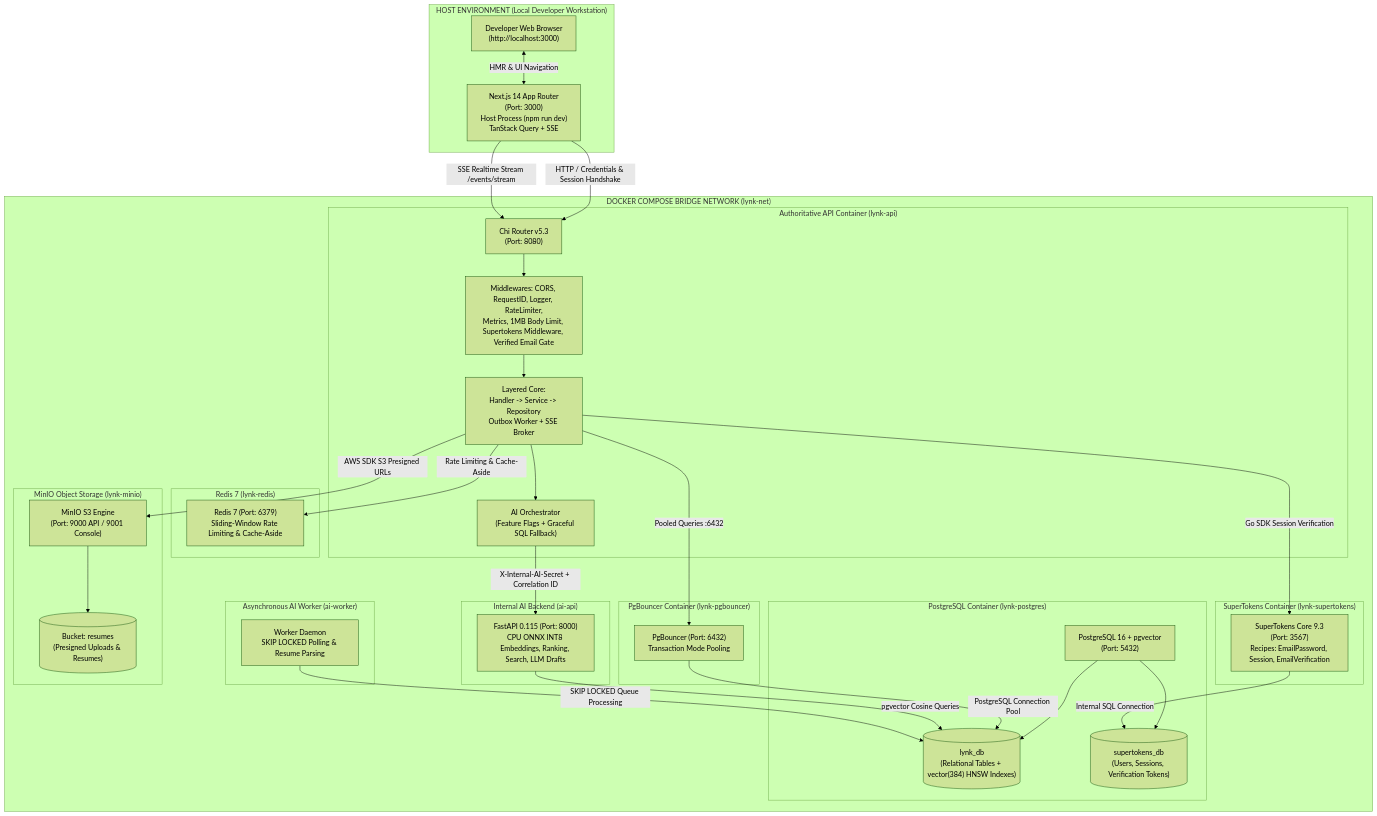
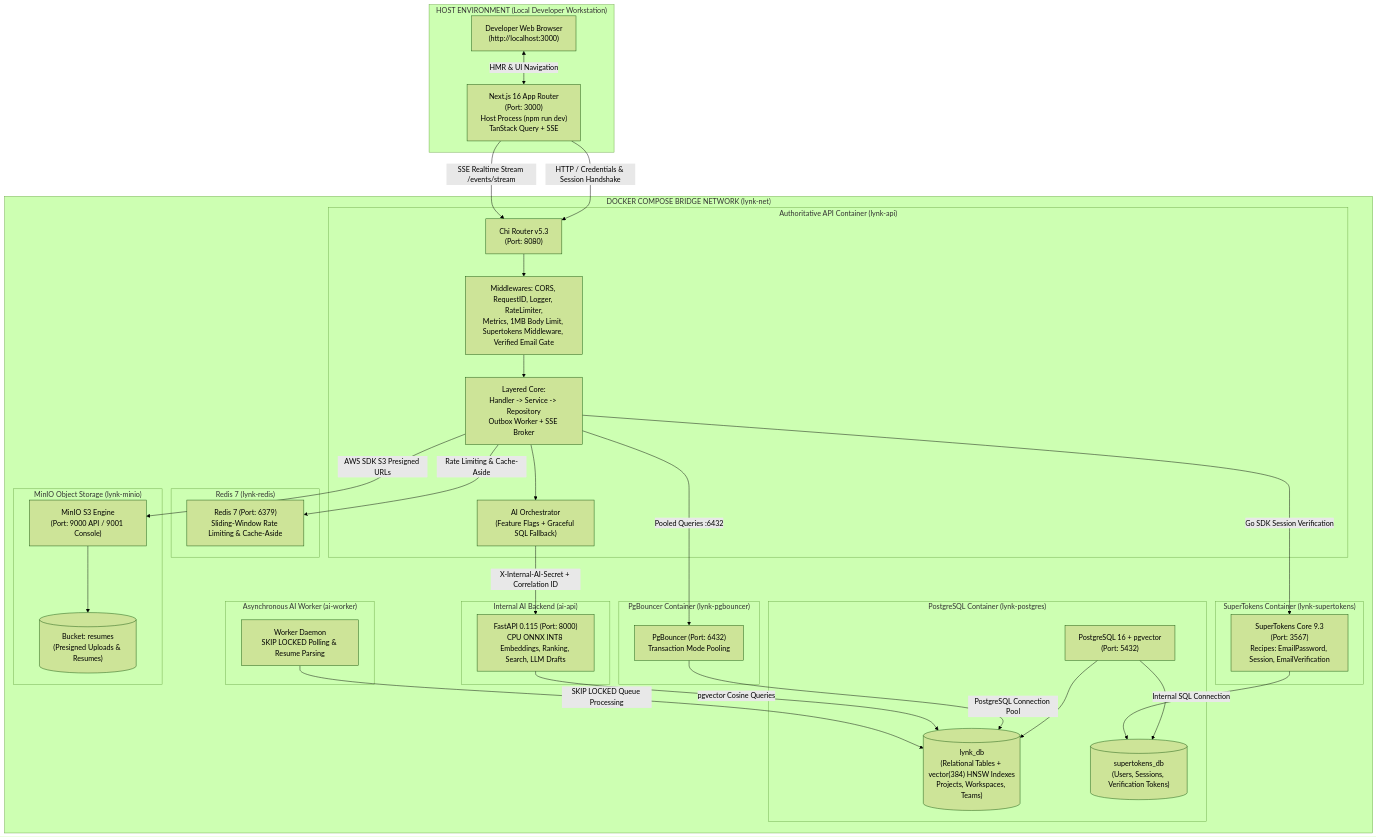
One commit to BIJJUDAMA/Lynk changed the first of 2 diagrams in docs/README.md. Above: the diagram before and after it, drawn with Mermaid (forest theme). The commit also changed other lines of this file and 13 other files, not shown here.

````diff
--- a/docs/README.md
+++ b/docs/README.md
@@ -80,66 +80,66 @@
 ```mermaid
 flowchart TB
     subgraph HostEnvironment["HOST ENVIRONMENT (Local Developer Workstation)"]
-        FE["Next.js 14 App Router<br/>(Port: 3000)<br/>Host Process (npm run dev)<br/>TanStack Query + SSE"]
+        FE["Next.js 16 App Router<br/>(Port: 3000)<br/>Host Process (npm run dev)<br/>TanStack Query + SSE"]
         Browser["Developer Web Browser<br/>(http://localhost:3000)"]
         Browser <-->|HMR & UI Navigation| FE
     end
 
     subgraph DockerBridge["DOCKER COMPOSE BRIDGE NETWORK (lynk-net)"]
         subgraph APIContainer["Authoritative API Container (lynk-api)"]
             Router["Chi Router v5.3<br/>(Port: 8080)"]
             Middlewares["Middlewares: CORS, RequestID, Logger, RateLimiter,<br/>Metrics, 1MB Body Limit, Supertokens Middleware, Verified Email Gate"]
             Handlers["Layered Core:<br/>Handler -> Service -> Repository<br/>Outbox Worker + SSE Broker"]
             Orchestrator["AI Orchestrator<br/>(Feature Flags + Graceful SQL Fallback)"]
             Router --> Middlewares --> Handlers
             Handlers --> Orchestrator
         end
 
         subgraph RedisContainer["Redis 7 (lynk-redis)"]
             Redis["Redis 7 (Port: 6379)<br/>Sliding-Window Rate Limiting & Cache-Aside"]
         end
 
         subgraph AIContainer["Internal AI Backend (ai-api)"]
             FastAPI["FastAPI 0.115 (Port: 8000)<br/>CPU ONNX INT8 Embeddings, Ranking, Search, LLM Drafts"]
         end
 
         subgraph WorkerContainer["Asynchronous AI Worker (ai-worker)"]
             AIWorker["Worker Daemon<br/>SKIP LOCKED Polling & Resume Parsing"]
         end
 
         subgraph IAMContainer["SuperTokens Container (lynk-supertokens)"]
             STCore["SuperTokens Core 9.3<br/>(Port: 3567)<br/>Recipes: EmailPassword, Session, EmailVerification"]
         end
 
         subgraph PoolContainer["PgBouncer Container (lynk-pgbouncer)"]
             PGB["PgBouncer (Port: 6432)<br/>Transaction Mode Pooling"]
         end
 
         subgraph DBContainer["PostgreSQL Container (lynk-postgres)"]
             Postgres["PostgreSQL 16 + pgvector<br/>(Port: 5432)"]
-            AppDB[("lynk_db<br/>(Relational Tables + vector(384) HNSW Indexes)")]
+            AppDB[("lynk_db<br/>(Relational Tables + vector(384) HNSW Indexes<br/>Projects, Workspaces, Teams)")]
             AuthDB[("supertokens_db<br/>(Users, Sessions, Verification Tokens)")]
             Postgres --> AppDB
             Postgres --> AuthDB
         end
 
         subgraph S3Container["MinIO Object Storage (lynk-minio)"]
             MinIO["MinIO S3 Engine<br/>(Port: 9000 API / 9001 Console)"]
             ResumeBucket[("Bucket: resumes<br/>(Presigned Uploads & Resumes)")]
             MinIO --> ResumeBucket
         end
     end
 
     %% Network Connections
     FE -->|HTTP / Credentials & Session Handshake| Router
     FE -->|SSE Realtime Stream /events/stream| Router
     Handlers -->|Rate Limiting & Cache-Aside| Redis
     Handlers -->|Go SDK Session Verification| STCore
     STCore -->|Internal SQL Connection| AuthDB
     Handlers -->|Pooled Queries :6432| PGB
     PGB -->|PostgreSQL Connection Pool| AppDB
     Handlers -->|AWS SDK S3 Presigned URLs| MinIO
     Orchestrator -->|X-Internal-AI-Secret + Correlation ID| FastAPI
     FastAPI -->|pgvector Cosine Queries| AppDB
     AIWorker -->|SKIP LOCKED Queue Processing| AppDB
 ```
````
